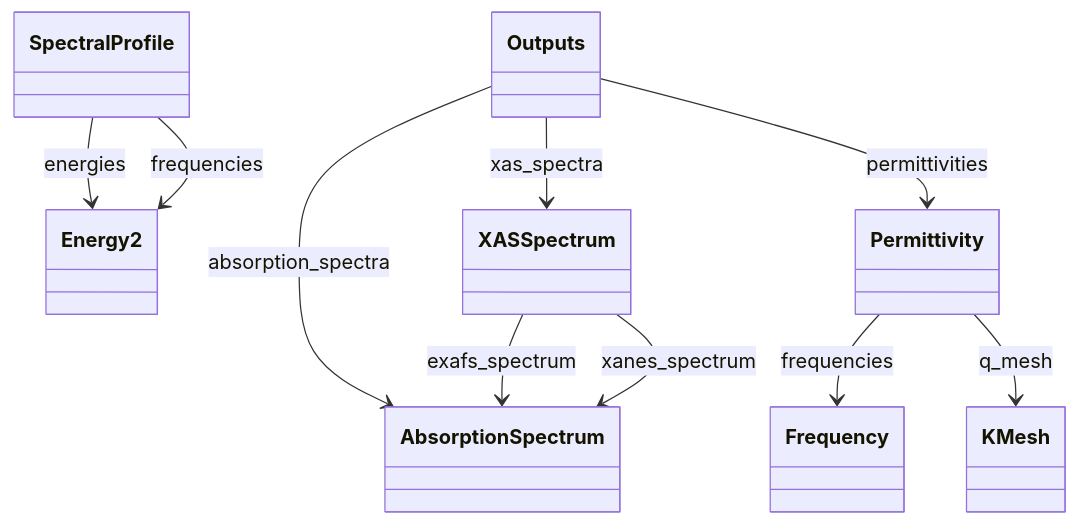
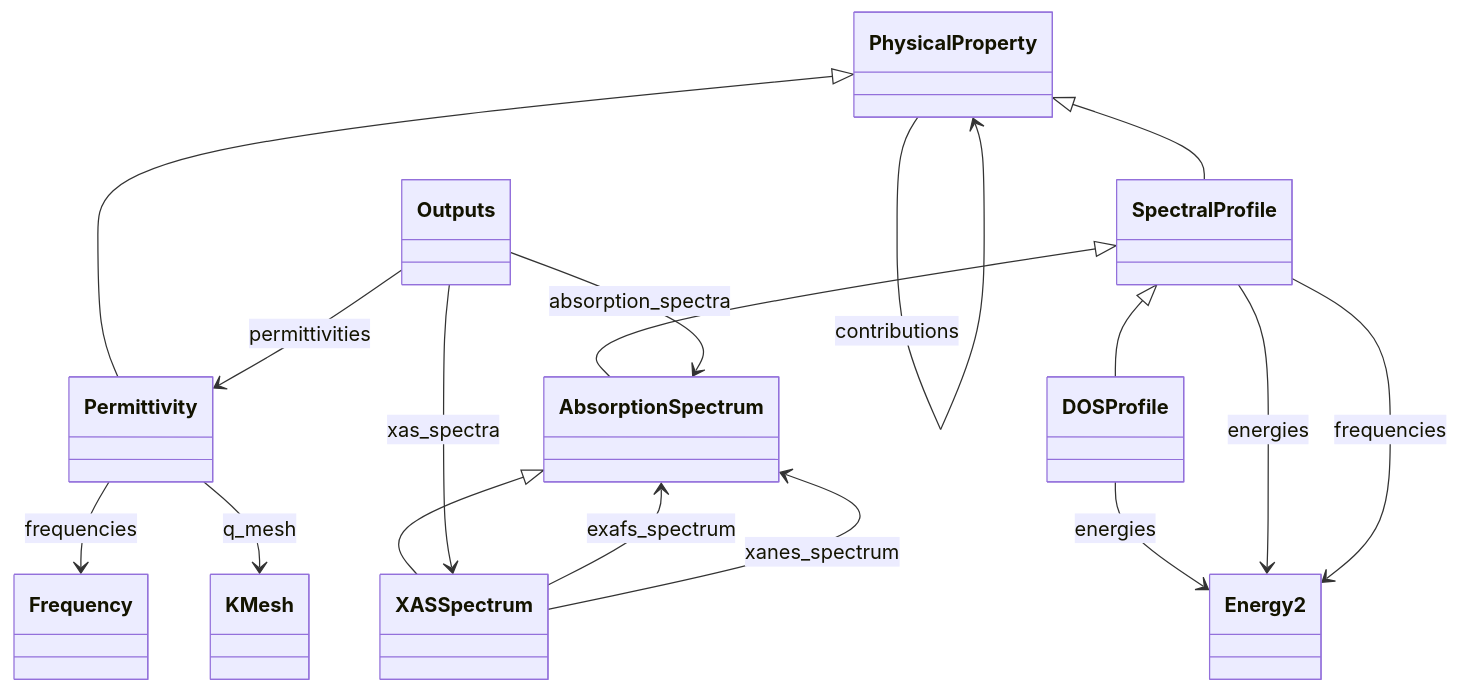
Before and after one commit to FAIRmat-NFDI/nomad-simulations: the diagram in docs/schema/spectroscopy.diagram.md, drawn with Mermaid. The commit also changed other lines of this file and 52 other files, not shown here.

Commit message:
add inheritance to diagrams, better organization

````diff
--- a/docs/schema/spectroscopy.diagram.md
+++ b/docs/schema/spectroscopy.diagram.md
@@ -15,28 +16,39 @@
 ```mermaid
 classDiagram
     class AbsorptionSpectrum {
+    }
+    class DOSProfile {
     }
     class Energy2 {
     }
     class Frequency {
     }
     class KMesh {
     }
     class Outputs {
     }
     class Permittivity {
     }
+    class PhysicalProperty {
+    }
     class SpectralProfile {
     }
     class XASSpectrum {
     }
+    SpectralProfile <|-- AbsorptionSpectrum
+    SpectralProfile <|-- DOSProfile
+    PhysicalProperty <|-- Permittivity
+    PhysicalProperty <|-- SpectralProfile
+    AbsorptionSpectrum <|-- XASSpectrum
+    DOSProfile --> Energy2 : energies
     Outputs --> AbsorptionSpectrum : absorption_spectra
     Outputs --> Permittivity : permittivities
     Outputs --> XASSpectrum : xas_spectra
     Permittivity --> Frequency : frequencies
     Permittivity --> KMesh : q_mesh
+    PhysicalProperty --> PhysicalProperty : contributions
     SpectralProfile --> Energy2 : energies
     SpectralProfile --> Energy2 : frequencies
     XASSpectrum --> AbsorptionSpectrum : exafs_spectrum
     XASSpectrum --> AbsorptionSpectrum : xanes_spectrum
 ```
````
